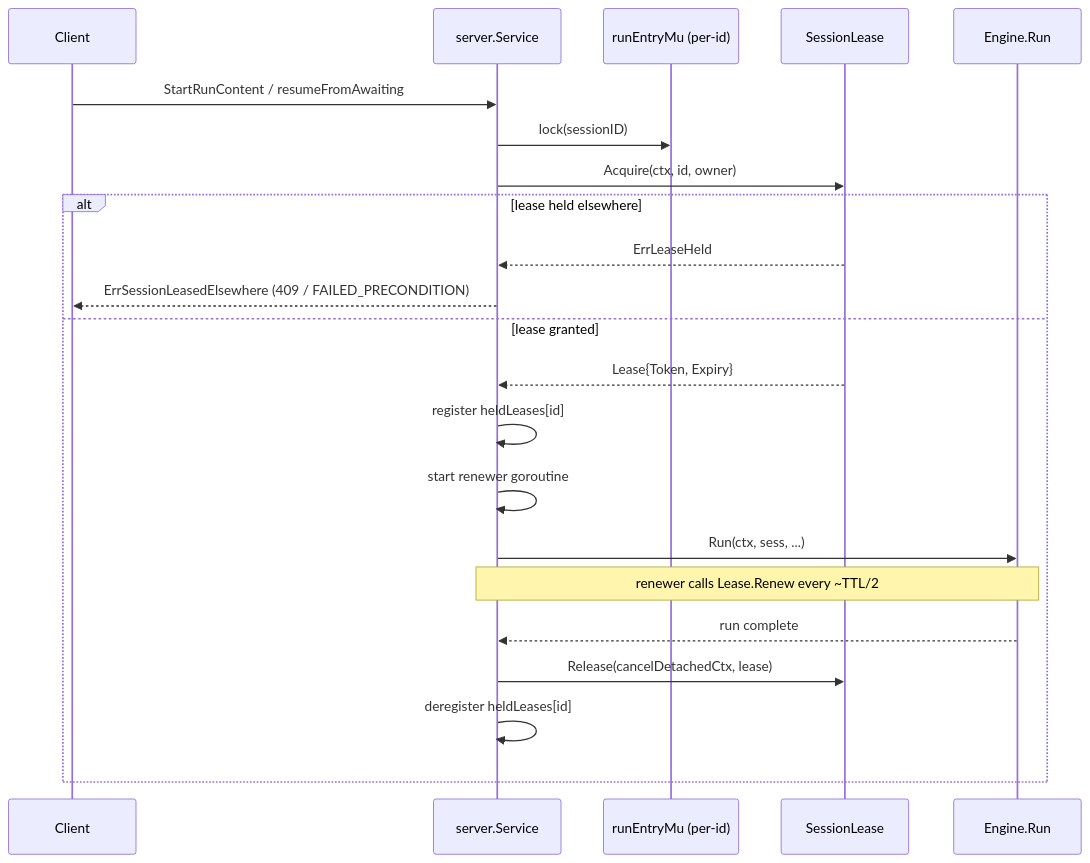
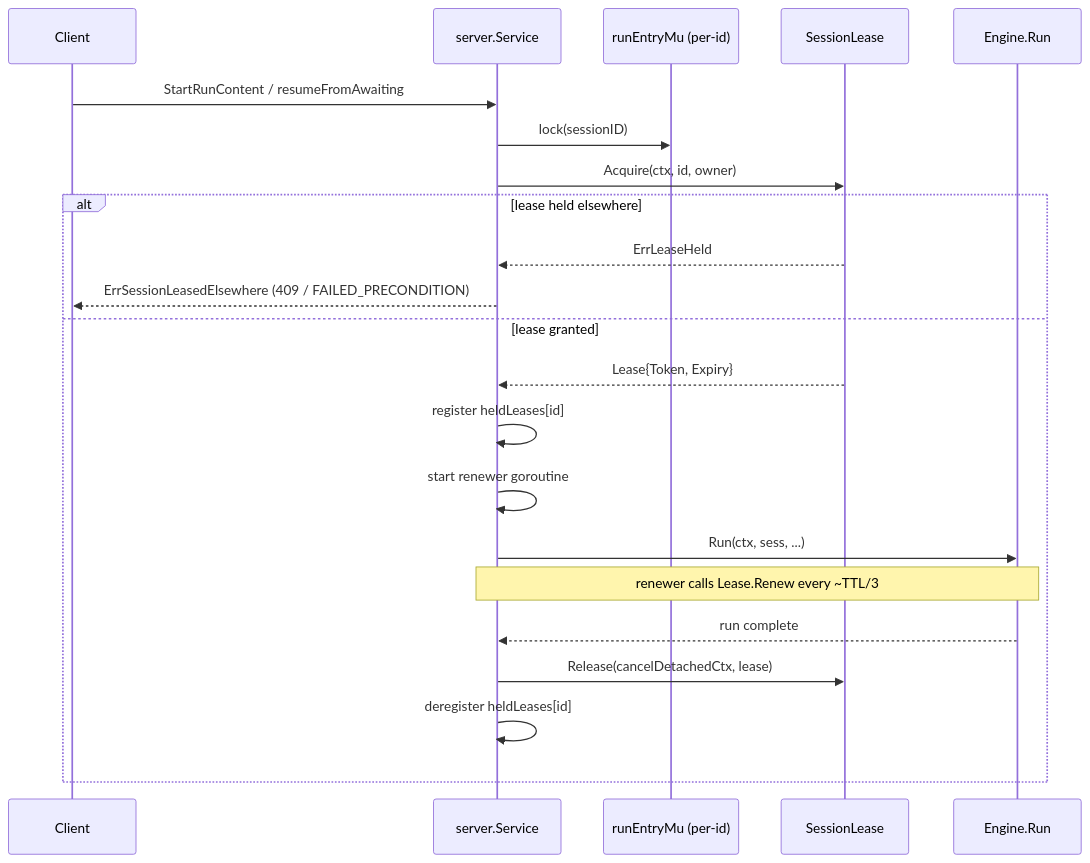
One commit to stacklok/mecatl changed the diagram in user-docs/extension-points/session-lease.md. Above: the diagram before and after it, drawn with Mermaid. The commit also changed 4 other files, not shown here.

````diff
--- a/user-docs/extension-points/session-lease.md
+++ b/user-docs/extension-points/session-lease.md
@@ -66,25 +66,25 @@
 ```mermaid
 sequenceDiagram
   participant C as Client
   participant S as server.Service
   participant M as runEntryMu (per-id)
   participant L as SessionLease
   participant E as Engine.Run
 
   C->>S: StartRunContent / resumeFromAwaiting
   S->>M: lock(sessionID)
   S->>L: Acquire(ctx, id, owner)
   alt lease held elsewhere
     L-->>S: ErrLeaseHeld
     S-->>C: ErrSessionLeasedElsewhere (409 / FAILED_PRECONDITION)
   else lease granted
     L-->>S: Lease{Token, Expiry}
     S->>S: register heldLeases[id]
     S->>S: start renewer goroutine
     S->>E: Run(ctx, sess, ...)
-    Note over S,E: renewer calls Lease.Renew every ~TTL/2
+    Note over S,E: renewer calls Lease.Renew every ~TTL/3
     E-->>S: run complete
     S->>L: Release(cancelDetachedCtx, lease)
     S->>S: deregister heldLeases[id]
   end
 ```
````
